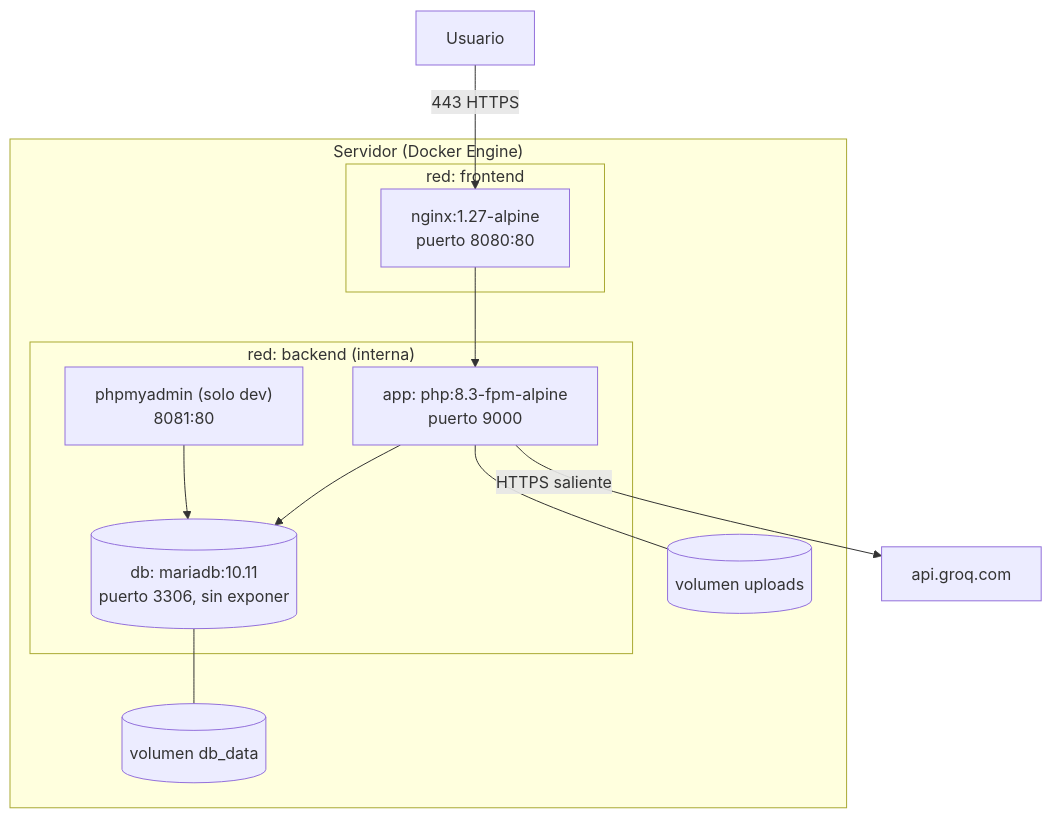
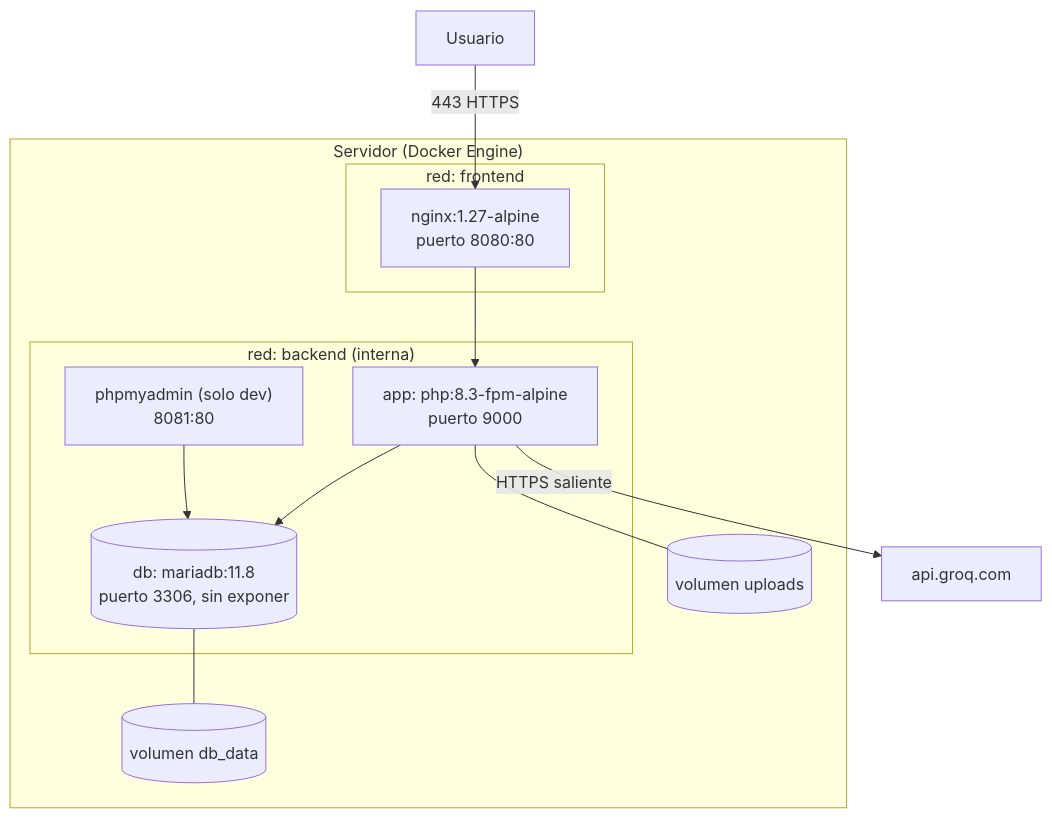
Before and after one commit to RocioBelenVG/Eval3-Programaci-n-Web-2: the third of 3 diagrams in docs/03_arquitectura.md, drawn with Mermaid. The commit also changed other lines of this file and 4 other files, not shown here.

````diff
--- a/docs/03_arquitectura.md
+++ b/docs/03_arquitectura.md
@@ -80,21 +80,21 @@
 ```mermaid
 flowchart TB
     U["Usuario"] -- "443 HTTPS" --> NG
     subgraph Host["Servidor (Docker Engine)"]
         subgraph net_front["red: frontend"]
             NG["nginx:1.27-alpine<br/>puerto 8080:80"]
         end
         subgraph net_back["red: backend (interna)"]
             APP["app: php:8.3-fpm-alpine<br/>puerto 9000"]
-            DB[("db: mariadb:10.11<br/>puerto 3306, sin exponer")]
+            DB[("db: mariadb:11.8<br/>puerto 3306, sin exponer")]
             PMA["phpmyadmin (solo dev)<br/>8081:80"]
         end
         V1[("volumen db_data")]
         V2[("volumen uploads")]
     end
     NG --> APP --> DB
     PMA --> DB
     DB --- V1
     APP --- V2
     APP -- "HTTPS saliente" --> GROQ["api.groq.com"]
 ```
````
